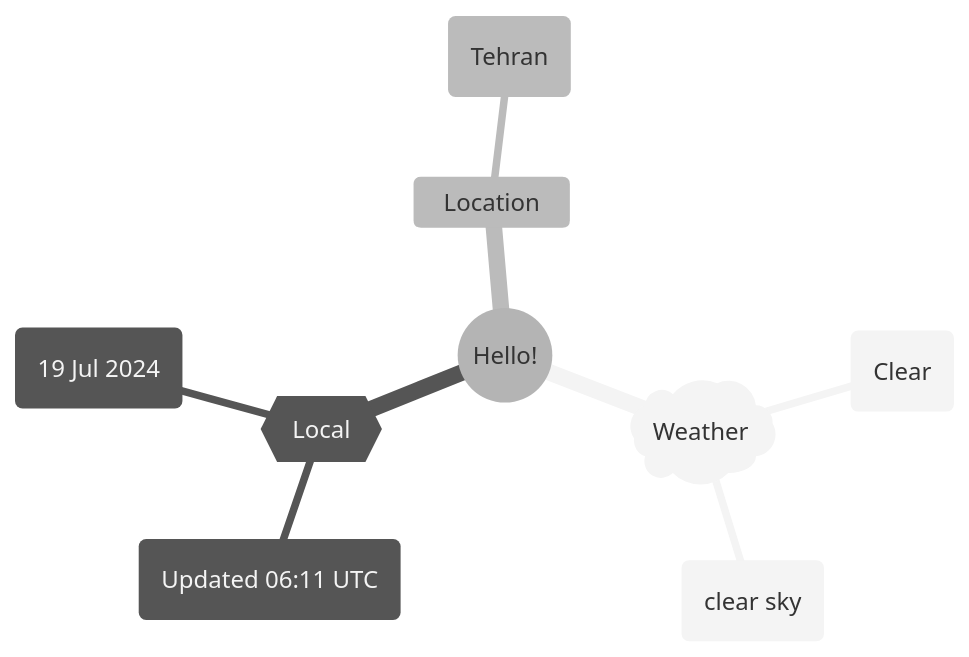
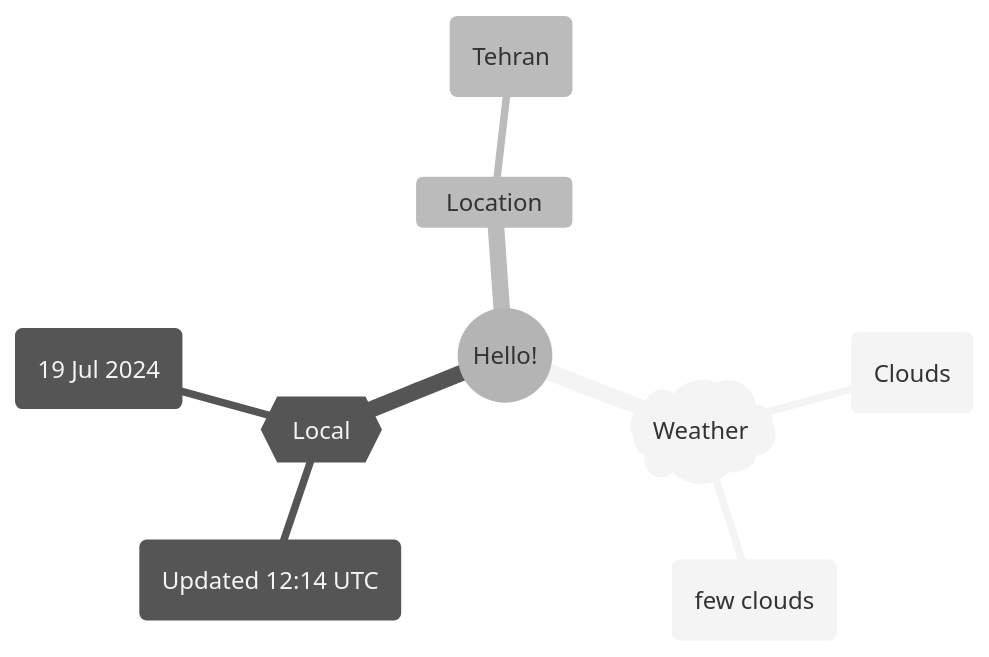
The first of 2 diagrams in README.md (Xosrov/Xosrov), drawn with Mermaid (neutral theme) before and after one commit.

Commit message:
[bot] updated images

````diff
--- a/README.md
+++ b/README.md
@@ -3,12 +3,12 @@
 ```mermaid
 mindmap
   root((Hello!))
     )Weather(
-        (Clear)
-        (clear sky)
+        (Clouds)
+        (few clouds)
     {{Local}}
-        (Updated 06:11 UTC)
+        (Updated 12:14 UTC)
         (19 Jul 2024)
     Location
         (Tehran)
 ```
````
